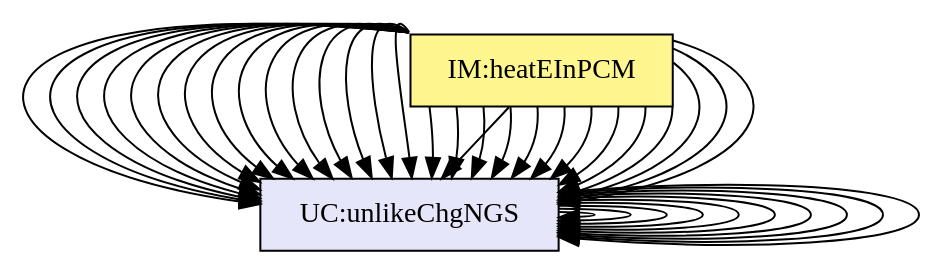
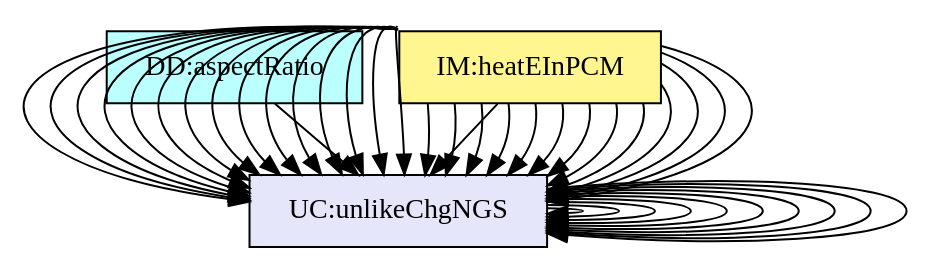
The diagram in code/stable/swhs/TraceyGraph/avsall.dot (JacquesCarette/Drasil), drawn with Graphviz before and after one commit. The commit also changed 72 other files, not shown here.

```diff
--- a/code/stable/swhs/TraceyGraph/avsall.dot
+++ b/code/stable/swhs/TraceyGraph/avsall.dot
@@ -1,141 +1,158 @@
 digraph avsall {
+	dataDefn:wVol -> instance:assumpVCN;
 	theory:consThermECS -> instance:assumpTEO;
 	theory:nwtnCoolingTM -> instance:assumpHTCC;
 	theory:rocTempSimpRC -> instance:assumpCWTAT;
 	theory:rocTempSimpRC -> instance:assumpTPCAV;
 	theory:rocTempSimpRC -> instance:assumpDWPCoV;
 	theory:rocTempSimpRC -> instance:assumpSHECov;
 	theory:htFluxC -> instance:assumpLCCCW;
 	theory:htFluxC -> instance:assumpTHCCoT;
 	theory:htFluxP -> instance:assumpLCCWP;
 	theory:eBalanceOnWtrRC -> instance:assumpCWTAT;
 	theory:eBalanceOnWtrRC -> instance:assumpTPCAV;
 	theory:eBalanceOnWtrRC -> instance:assumpTHCCoL;
 	theory:eBalanceOnWtrRC -> instance:assumpCTNOD;
 	theory:eBalanceOnWtrRC -> instance:assumpSITWP;
 	theory:eBalanceOnWtrRC -> instance:assumpWAL;
 	theory:eBalanceOnWtrRC -> instance:assumpPIT;
 	theory:eBalanceOnWtrRC -> instance:assumpNIHGBWP;
 	theory:eBalanceOnWtrRC -> instance:assumpAPT;
 	theory:eBalanceOnPCMRC -> instance:assumpCWTAT;
 	theory:eBalanceOnPCMRC -> instance:assumpTPCAV;
 	theory:eBalanceOnPCMRC -> instance:assumpSITWP;
 	theory:eBalanceOnPCMRC -> instance:assumpPIS;
 	theory:eBalanceOnPCMRC -> instance:assumpNIHGBWP;
 	theory:eBalanceOnPCMRC -> instance:assumpVCMPN;
 	theory:eBalanceOnPCMRC -> instance:assumpNGSP;
 	theory:heatEInWtrIM -> instance:assumpWAL;
 	theory:heatEInWtrIM -> instance:assumpAPT;
 	theory:heatEInPCMRC -> instance:assumpPIS;
 	theory:heatEInPCMRC -> instance:assumpNGSP;
 	instance:likeChgUTP -> instance:assumpTPCAV;
 	instance:likeChgTCVOD -> instance:assumpTHCCoT;
 	instance:likeChgTCVOL -> instance:assumpTHCCoL;
 	instance:likeChgDT -> instance:assumpCTNOD;
 	instance:likeChgDITPW -> instance:assumpSITWP;
 	instance:likeChgTLH -> instance:assumpPIT;
 	instance:unlikeChgWPFS -> instance:assumpWAL;
 	instance:unlikeChgWPFS -> instance:assumpNGSP;
 	instance:unlikeChgNIHG -> instance:assumpNIHGBWP;
 	instance:unlikeChgNGS -> instance:assumpNGSP;
 
 
 	instance:assumpTEO	[shape=box, color=black, style=filled, fillcolor=mistyrose, label="A:assumpTEO"];
 	instance:assumpHTCC	[shape=box, color=black, style=filled, fillcolor=mistyrose, label="A:assumpHTCC"];
 	instance:assumpCWTAT	[shape=box, color=black, style=filled, fillcolor=mistyrose, label="A:assumpCWTAT"];
 	instance:assumpTPCAV	[shape=box, color=black, style=filled, fillcolor=mistyrose, label="A:assumpTPCAV"];
 	instance:assumpDWPCoV	[shape=box, color=black, style=filled, fillcolor=mistyrose, label="A:assumpDWPCoV"];
 	instance:assumpSHECov	[shape=box, color=black, style=filled, fillcolor=mistyrose, label="A:assumpSHECov"];
 	instance:assumpLCCCW	[shape=box, color=black, style=filled, fillcolor=mistyrose, label="A:assumpLCCCW"];
 	instance:assumpTHCCoT	[shape=box, color=black, style=filled, fillcolor=mistyrose, label="A:assumpTHCCoT"];
 	instance:assumpTHCCoL	[shape=box, color=black, style=filled, fillcolor=mistyrose, label="A:assumpTHCCoL"];
 	instance:assumpLCCWP	[shape=box, color=black, style=filled, fillcolor=mistyrose, label="A:assumpLCCWP"];
 	instance:assumpCTNOD	[shape=box, color=black, style=filled, fillcolor=mistyrose, label="A:assumpCTNOD"];
 	instance:assumpSITWP	[shape=box, color=black, style=filled, fillcolor=mistyrose, label="A:assumpSITWP"];
 	instance:assumpPIS	[shape=box, color=black, style=filled, fillcolor=mistyrose, label="A:assumpPIS"];
 	instance:assumpWAL	[shape=box, color=black, style=filled, fillcolor=mistyrose, label="A:assumpWAL"];
 	instance:assumpPIT	[shape=box, color=black, style=filled, fillcolor=mistyrose, label="A:assumpPIT"];
 	instance:assumpNIHGBWP	[shape=box, color=black, style=filled, fillcolor=mistyrose, label="A:assumpNIHGBWP"];
 	instance:assumpVCMPN	[shape=box, color=black, style=filled, fillcolor=mistyrose, label="A:assumpVCMPN"];
 	instance:assumpNGSP	[shape=box, color=black, style=filled, fillcolor=mistyrose, label="A:assumpNGSP"];
 	instance:assumpAPT	[shape=box, color=black, style=filled, fillcolor=mistyrose, label="A:assumpAPT"];
 	instance:assumpVCN	[shape=box, color=black, style=filled, fillcolor=mistyrose, label="A:assumpVCN"];
 
 	subgraph A {
 	rank="same"
 	{instance:assumpTEO, instance:assumpHTCC, instance:assumpCWTAT, instance:assumpTPCAV, instance:assumpDWPCoV, instance:assumpSHECov, instance:assumpLCCCW, instance:assumpTHCCoT, instance:assumpTHCCoL, instance:assumpLCCWP, instance:assumpCTNOD, instance:assumpSITWP, instance:assumpPIS, instance:assumpWAL, instance:assumpPIT, instance:assumpNIHGBWP, instance:assumpVCMPN, instance:assumpNGSP, instance:assumpAPT, instance:assumpVCN}
+	}
+
+	dataDefn:wMass	[shape=box, color=black, style=filled, fillcolor=paleturquoise1, label="DD:waterMass"];
+	dataDefn:wVol	[shape=box, color=black, style=filled, fillcolor=paleturquoise1, label="DD:waterVolume.pcm"];
+	dataDefn:tankVol	[shape=box, color=black, style=filled, fillcolor=paleturquoise1, label="DD:tankVolume"];
+	dataDefn:tauW	[shape=box, color=black, style=filled, fillcolor=paleturquoise1, label="DD:balanceDecayRate"];
+	dataDefn:eta	[shape=box, color=black, style=filled, fillcolor=paleturquoise1, label="DD:balanceDecayTime"];
+	dataDefn:tauSP	[shape=box, color=black, style=filled, fillcolor=paleturquoise1, label="DD:balanceSolidPCM"];
+	dataDefn:tauLP	[shape=box, color=black, style=filled, fillcolor=paleturquoise1, label="DD:balanceLiquidPCM"];
+	dataDefn:htFusion	[shape=box, color=black, style=filled, fillcolor=paleturquoise1, label="DD:htFusion"];
+	dataDefn:meltFrac	[shape=box, color=black, style=filled, fillcolor=paleturquoise1, label="DD:meltFrac"];
+	dataDefn:aspectRatio	[shape=box, color=black, style=filled, fillcolor=paleturquoise1, label="DD:aspectRatio"];
+
+	subgraph DD {
+	rank="same"
+	{dataDefn:wMass, dataDefn:wVol, dataDefn:tankVol, dataDefn:tauW, dataDefn:eta, dataDefn:tauSP, dataDefn:tauLP, dataDefn:htFusion, dataDefn:meltFrac, dataDefn:aspectRatio}
 	}
 
 	theory:consThermECS	[shape=box, color=black, style=filled, fillcolor=pink, label="TM:consThermE"];
 	theory:sensHeat	[shape=box, color=black, style=filled, fillcolor=pink, label="TM:sensHtE"];
 	theory:latentHtETM	[shape=box, color=black, style=filled, fillcolor=pink, label="TM:latentHtE"];
 	theory:nwtnCoolingTM	[shape=box, color=black, style=filled, fillcolor=pink, label="TM:nwtnCooling"];
 
 	subgraph TM {
 	rank="same"
 	{theory:consThermECS, theory:sensHeat, theory:latentHtETM, theory:nwtnCoolingTM}
 	}
 
 	theory:rocTempSimpRC	[shape=box, color=black, style=filled, fillcolor=palegreen, label="GD:rocTempSimp"];
 	theory:htFluxC	[shape=box, color=black, style=filled, fillcolor=palegreen, label="GD:htFluxWaterFromCoil"];
 	theory:htFluxP	[shape=box, color=black, style=filled, fillcolor=palegreen, label="GD:htFluxPCMFromWater"];
 
 	subgraph GD {
 	rank="same"
 	{theory:rocTempSimpRC, theory:htFluxC, theory:htFluxP}
 	}
 
 	theory:eBalanceOnWtrRC	[shape=box, color=black, style=filled, fillcolor=khaki1, label="IM:eBalanceOnWtr"];
 	theory:eBalanceOnPCMRC	[shape=box, color=black, style=filled, fillcolor=khaki1, label="IM:eBalanceOnPCM"];
 	theory:heatEInWtrIM	[shape=box, color=black, style=filled, fillcolor=khaki1, label="IM:heatEInWtr"];
 	theory:heatEInPCMRC	[shape=box, color=black, style=filled, fillcolor=khaki1, label="IM:heatEInPCM"];
 
 	subgraph IM {
 	rank="same"
 	{theory:eBalanceOnWtrRC, theory:eBalanceOnPCMRC, theory:heatEInWtrIM, theory:heatEInPCMRC}
 	}
 
 	instance:findMass	[shape=box, color=black, style=filled, fillcolor=ivory, label="FR:findMass"];
 	instance:checkWithPhysConsts	[shape=box, color=black, style=filled, fillcolor=ivory, label="FR:checkWithPhysConsts"];
 	instance:outputInputDerivVals	[shape=box, color=black, style=filled, fillcolor=ivory, label="FR:outputInputDerivVals"];
 	instance:calcValues	[shape=box, color=black, style=filled, fillcolor=ivory, label="FR:calcValues"];
 	instance:verifyEnergyOutput	[shape=box, color=black, style=filled, fillcolor=ivory, label="FR:verifyEnergyOutput"];
 	instance:calcPCMMeltBegin	[shape=box, color=black, style=filled, fillcolor=ivory, label="FR:calcPCMMeltBegin"];
 	instance:calcPCMMeltEnd	[shape=box, color=black, style=filled, fillcolor=ivory, label="FR:calcPCMMeltEnd"];
 	instance:outputValues	[shape=box, color=black, style=filled, fillcolor=ivory, label="FR:outputValues"];
 	instance:correct	[shape=box, color=black, style=filled, fillcolor=ivory, label="NFR:correct"];
 	instance:verifiable	[shape=box, color=black, style=filled, fillcolor=ivory, label="NFR:verifiable"];
 	instance:understandable	[shape=box, color=black, style=filled, fillcolor=ivory, label="NFR:understandable"];
 	instance:reusable	[shape=box, color=black, style=filled, fillcolor=ivory, label="NFR:reusable"];
 	instance:maintainable	[shape=box, color=black, style=filled, fillcolor=ivory, label="NFR:maintainable"];
 	instance:inputValues	[shape=box, color=black, style=filled, fillcolor=ivory, label="FR:inputValues"];
 	instance:findMass	[shape=box, color=black, style=filled, fillcolor=ivory, label="FR:findMass"];
 	instance:checkWithPhysConsts	[shape=box, color=black, style=filled, fillcolor=ivory, label="FR:checkWithPhysConsts"];
 	instance:outputInputDerivVals	[shape=box, color=black, style=filled, fillcolor=ivory, label="FR:outputInputDerivVals"];
 	instance:calcValues	[shape=box, color=black, style=filled, fillcolor=ivory, label="FR:calcValues"];
 	instance:verifyEnergyOutput	[shape=box, color=black, style=filled, fillcolor=ivory, label="FR:verifyEnergyOutput"];
 	instance:calcPCMMeltBegin	[shape=box, color=black, style=filled, fillcolor=ivory, label="FR:calcPCMMeltBegin"];
 	instance:calcPCMMeltEnd	[shape=box, color=black, style=filled, fillcolor=ivory, label="FR:calcPCMMeltEnd"];
 	instance:outputValues	[shape=box, color=black, style=filled, fillcolor=ivory, label="FR:outputValues"];
 
 	subgraph FR {
 	rank="same"
 	{instance:findMass, instance:checkWithPhysConsts, instance:outputInputDerivVals, instance:calcValues, instance:verifyEnergyOutput, instance:calcPCMMeltBegin, instance:calcPCMMeltEnd, instance:outputValues, instance:correct, instance:verifiable, instance:understandable, instance:reusable, instance:maintainable, instance:inputValues, instance:findMass, instance:checkWithPhysConsts, instance:outputInputDerivVals, instance:calcValues, instance:verifyEnergyOutput, instance:calcPCMMeltBegin, instance:calcPCMMeltEnd, instance:outputValues}
 	}
 
 	instance:likeChgUTP	[shape=box, color=black, style=filled, fillcolor=lavender, label="LC:likeChgUTP"];
 	instance:likeChgTCVOD	[shape=box, color=black, style=filled, fillcolor=lavender, label="LC:likeChgTCVOD"];
 	instance:likeChgTCVOL	[shape=box, color=black, style=filled, fillcolor=lavender, label="LC:likeChgTCVOL"];
 	instance:likeChgDT	[shape=box, color=black, style=filled, fillcolor=lavender, label="LC:likeChgDT"];
 	instance:likeChgDITPW	[shape=box, color=black, style=filled, fillcolor=lavender, label="LC:likeChgDITPW"];
 	instance:likeChgTLH	[shape=box, color=black, style=filled, fillcolor=lavender, label="LC:likeChgTLH"];
 	instance:unlikeChgWPFS	[shape=box, color=black, style=filled, fillcolor=lavender, label="UC:unlikeChgWPFS"];
 	instance:unlikeChgNIHG	[shape=box, color=black, style=filled, fillcolor=lavender, label="UC:unlikeChgNIHG"];
 	instance:unlikeChgNGS	[shape=box, color=black, style=filled, fillcolor=lavender, label="UC:unlikeChgNGS"];
 
 	subgraph LC {
 	rank="same"
 	{instance:likeChgUTP, instance:likeChgTCVOD, instance:likeChgTCVOL, instance:likeChgDT, instance:likeChgDITPW, instance:likeChgTLH, instance:unlikeChgWPFS, instance:unlikeChgNIHG, instance:unlikeChgNGS}
 	}
 
 }
```
